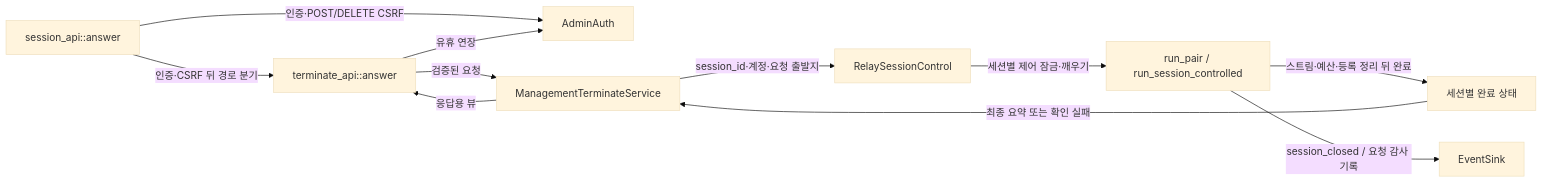
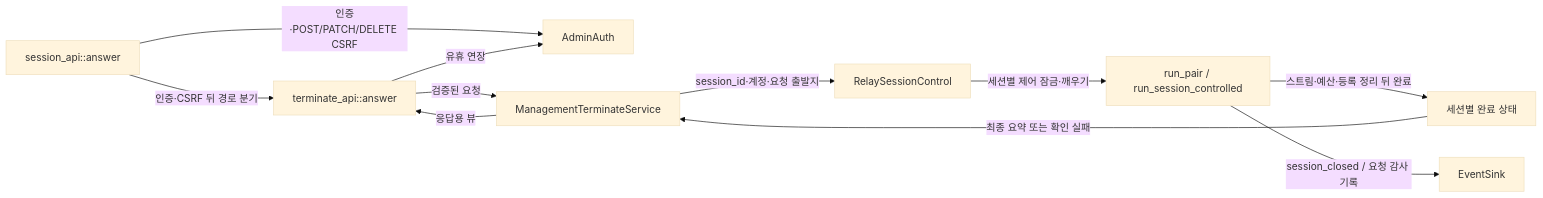
Before and after one commit to kayden-kim/vnc-relay: the diagram in docs/architectures/management-terminate.md, drawn with Mermaid (base theme). The commit also changed other lines of this file and 92 other files, not shown here.

````diff
--- a/docs/architectures/management-terminate.md
+++ b/docs/architectures/management-terminate.md
@@ -32,13 +27,13 @@
 ```mermaid
 flowchart LR
     HTTP["session_api::answer"] -->|"인증·CSRF 뒤 경로 분기"| API["terminate_api::answer"]
-    HTTP -->|"인증·POST/DELETE CSRF"| AUTH["AdminAuth"]
+    HTTP -->|"인증·POST/PATCH/DELETE CSRF"| AUTH["AdminAuth"]
     API -->|"유휴 연장"| AUTH
     API -->|"검증된 요청"| SVC["ManagementTerminateService"]
     SVC -->|"session_id·계정·요청 출발지"| PORT["RelaySessionControl"]
     PORT -->|"세션별 제어 잠금·깨우기"| OWNER["run_pair / run_session_controlled"]
     OWNER -->|"스트림·예산·등록 정리 뒤 완료"| WAIT["세션별 완료 상태"]
     WAIT -->|"최종 요약 또는 확인 실패"| SVC
     SVC -->|"응답용 뷰"| API
     OWNER -->|"session_closed / 요청 감사 기록"| LOG["EventSink"]
 ```
````
